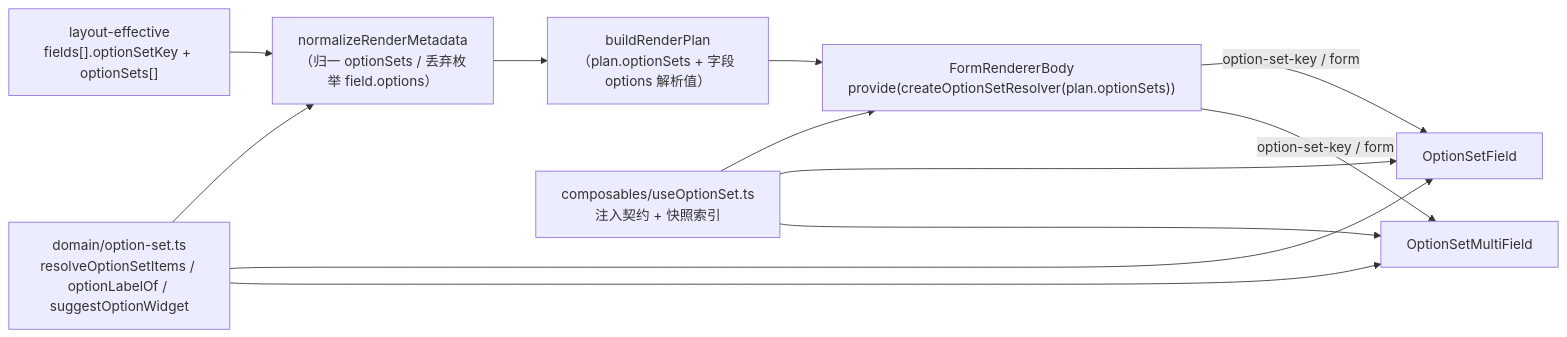
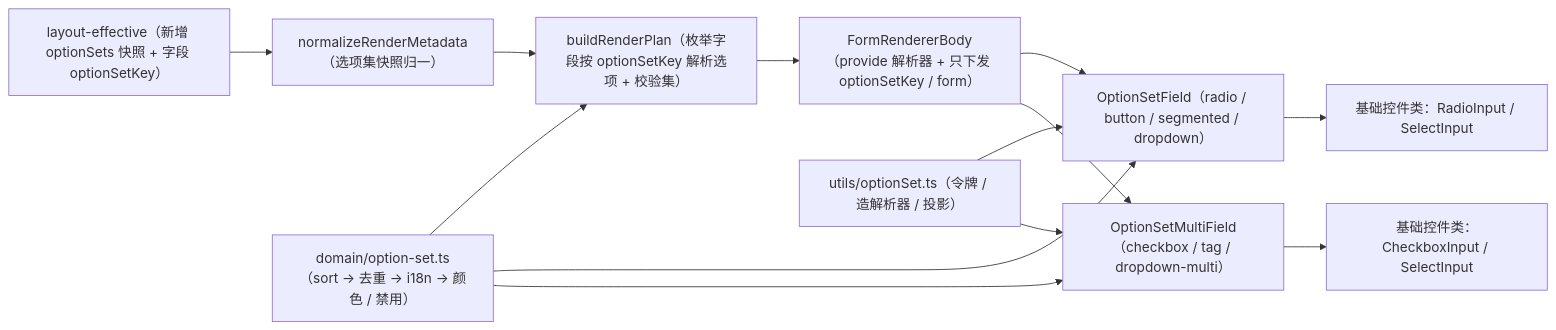
One commit to minjian123/basic-management-system changed the first of 3 diagrams in bms文档/项目/04_前端组件库/任务/06_字段类/06_字段类_10_选项集字段返工/设计/01_详细设计_10_选项集字段返工.md. Above: the diagram before and after it, drawn with Mermaid. The commit also changed other lines of this file, not shown here.

````diff
--- a/bms文档/项目/04_前端组件库/任务/06_字段类/06_字段类_10_选项集字段返工/设计/01_详细设计_10_选项集字段返工.md
+++ b/bms文档/项目/04_前端组件库/任务/06_字段类/06_字段类_10_选项集字段返工/设计/01_详细设计_10_选项集字段返工.md
@@ -62,14 +61,15 @@
 ```mermaid
 flowchart LR
-    META["layout-effective<br/>fields[].optionSetKey + optionSets[]"] --> NORM["normalizeRenderMetadata<br/>（归一 optionSets / 丢弃枚举 field.options）"]
-    NORM --> PLAN["buildRenderPlan<br/>（plan.optionSets + 字段 options 解析值）"]
-    PLAN --> BODY["FormRendererBody<br/>provide(createOptionSetResolver(plan.optionSets))"]
-    BODY -->|"option-set-key / form"| SF["OptionSetField"]
-    BODY -->|"option-set-key / form"| MF["OptionSetMultiField"]
-    DOM["domain/option-set.ts<br/>resolveOptionSetItems / optionLabelOf / suggestOptionWidget"] --> NORM
-    DOM --> SF
-    DOM --> MF
-    PROV["composables/useOptionSet.ts<br/>注入契约 + 快照索引"] --> BODY
-    PROV --> SF
-    PROV --> MF
+    META["layout-effective（新增 optionSets 快照 + 字段 optionSetKey）"] --> NORM["normalizeRenderMetadata（选项集快照归一）"]
+    NORM --> PLAN["buildRenderPlan（枚举字段按 optionSetKey 解析选项 + 校验集）"]
+    PLAN --> BODY["FormRendererBody（provide 解析器 + 只下发 optionSetKey / form）"]
+    BODY --> SINGLE["OptionSetField（radio / button / segmented / dropdown）"]
+    BODY --> MULTI["OptionSetMultiField（checkbox / tag / dropdown-multi）"]
+    DOMAIN["domain/option-set.ts（sort → 去重 → i18n → 颜色 / 禁用）"] --> PLAN
+    DOMAIN --> SINGLE
+    DOMAIN --> MULTI
+    UTIL["utils/optionSet.ts（令牌 / 造解析器 / 投影）"] --> SINGLE
+    UTIL --> MULTI
+    SINGLE --> BASE["基础控件类：RadioInput / SelectInput"]
+    MULTI --> BASE2["基础控件类：CheckboxInput / SelectInput"]
 ```
````
